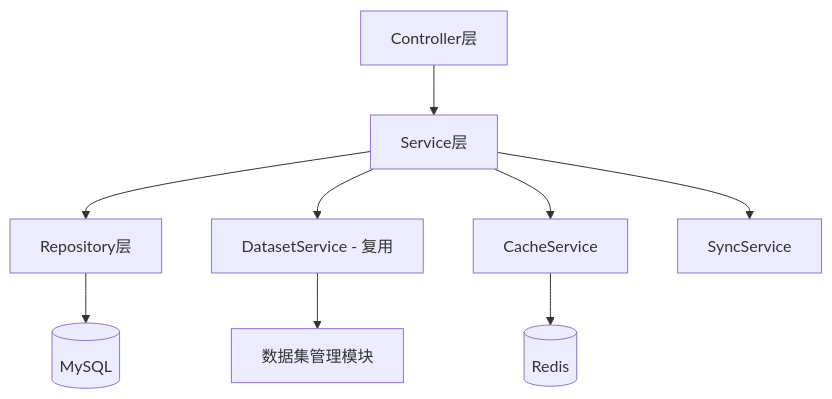
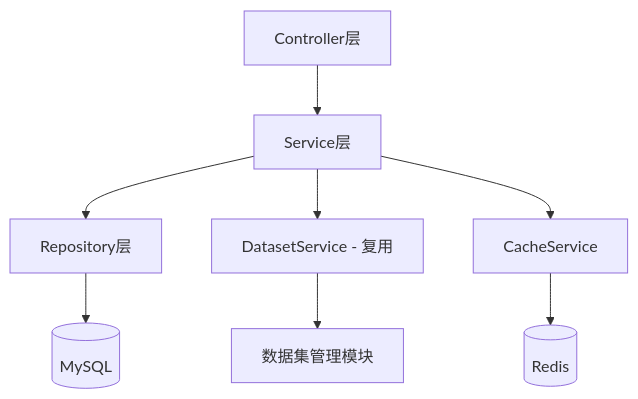
Before and after one commit to earthy-zinc/dehaze-system: the first of 3 diagrams in dehaze-doc/docs/03-模块设计/核心模块/图像输入/后端实现.md, drawn with Mermaid. The commit also changed other lines of this file and 169 other files, not shown here.

````diff
--- a/dehaze-doc/docs/03-模块设计/核心模块/图像输入/后端实现.md
+++ b/dehaze-doc/docs/03-模块设计/核心模块/图像输入/后端实现.md
@@ -21,11 +21,10 @@
 ```mermaid
 graph TB
     A[Controller层] --> B[Service层]
     B --> C[Repository层]
     B --> D[DatasetService - 复用]
     B --> E[CacheService]
-    B --> F[SyncService]
     C --> G[(MySQL)]
     D --> H[数据集管理模块]
     E --> I[(Redis)]
 ```
````
